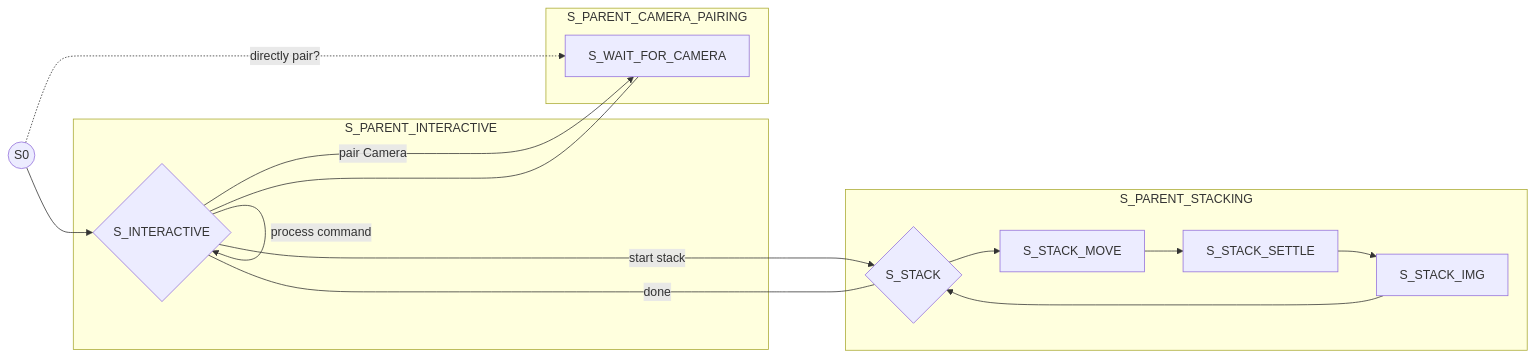
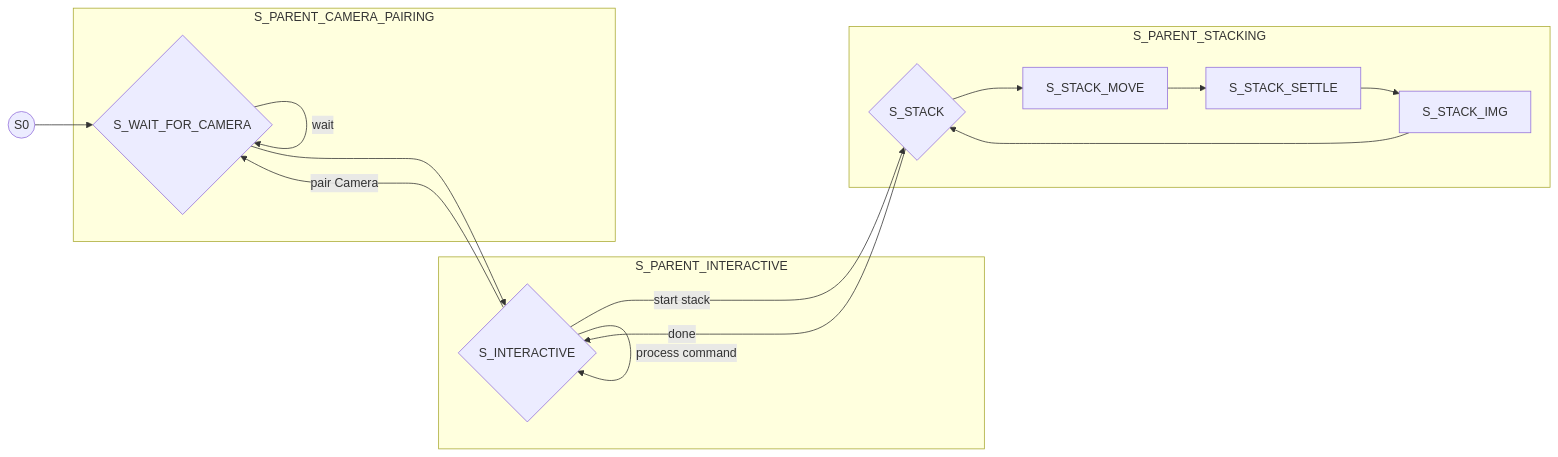
One commit to maxhbr/zephyr-rail changed the diagram in app/mermaid.StateMachine.mmd. Above: the diagram before and after it, drawn with Mermaid. The commit also changed 1 other file, not shown here.

```diff
--- a/app/mermaid.StateMachine.mmd
+++ b/app/mermaid.StateMachine.mmd
@@ -1,29 +1,30 @@
 flowchart LR;
     S0((S0));
 
     subgraph S_PARENT_INTERACTIVE
       S_INTERACTIVE{S_INTERACTIVE}
     end
 
     subgraph S_PARENT_CAMERA_PAIRING
-      S_WAIT_FOR_CAMERA;
+      S_WAIT_FOR_CAMERA{S_WAIT_FOR_CAMERA};
     end
     
     subgraph S_PARENT_STACKING;
       S_STACK{S_STACK}
       S_STACK_MOVE;
       S_STACK_SETTLE;
       S_STACK_IMG;
     end
 
-    S0 --> S_INTERACTIVE;
-    S0 -. directly pair? .-> S_WAIT_FOR_CAMERA;
+    S0 --> S_WAIT_FOR_CAMERA;
+    S_WAIT_FOR_CAMERA --> S_INTERACTIVE;
+    S_WAIT_FOR_CAMERA -->|wait| S_WAIT_FOR_CAMERA;
     S_INTERACTIVE --->|pair Camera| S_WAIT_FOR_CAMERA;
-    S_INTERACTIVE <--- S_WAIT_FOR_CAMERA;
+    
     S_INTERACTIVE -->|process command| S_INTERACTIVE;
     S_INTERACTIVE -->|start stack| S_STACK;
-    S_INTERACTIVE <-----|done| S_STACK;
+    S_STACK --->|done| S_INTERACTIVE;
     S_STACK_MOVE --> S_STACK_SETTLE;
     S_STACK_SETTLE --> S_STACK_IMG;
     S_STACK_IMG --> S_STACK;
     S_STACK --> S_STACK_MOVE;
```
